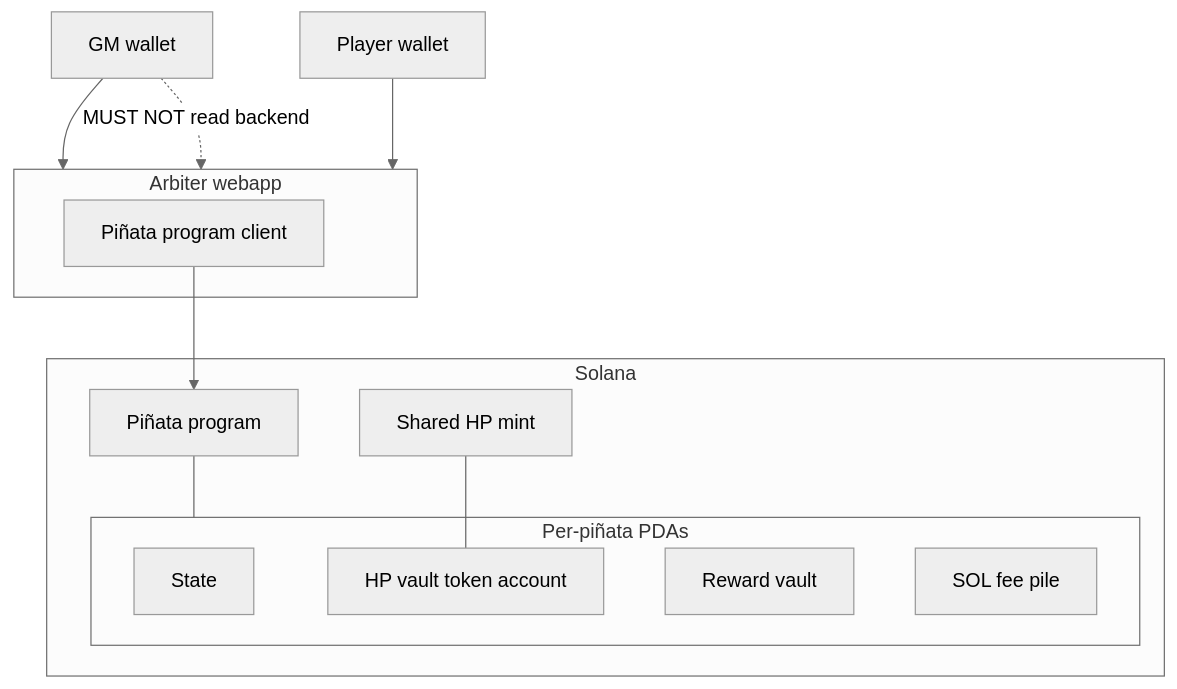
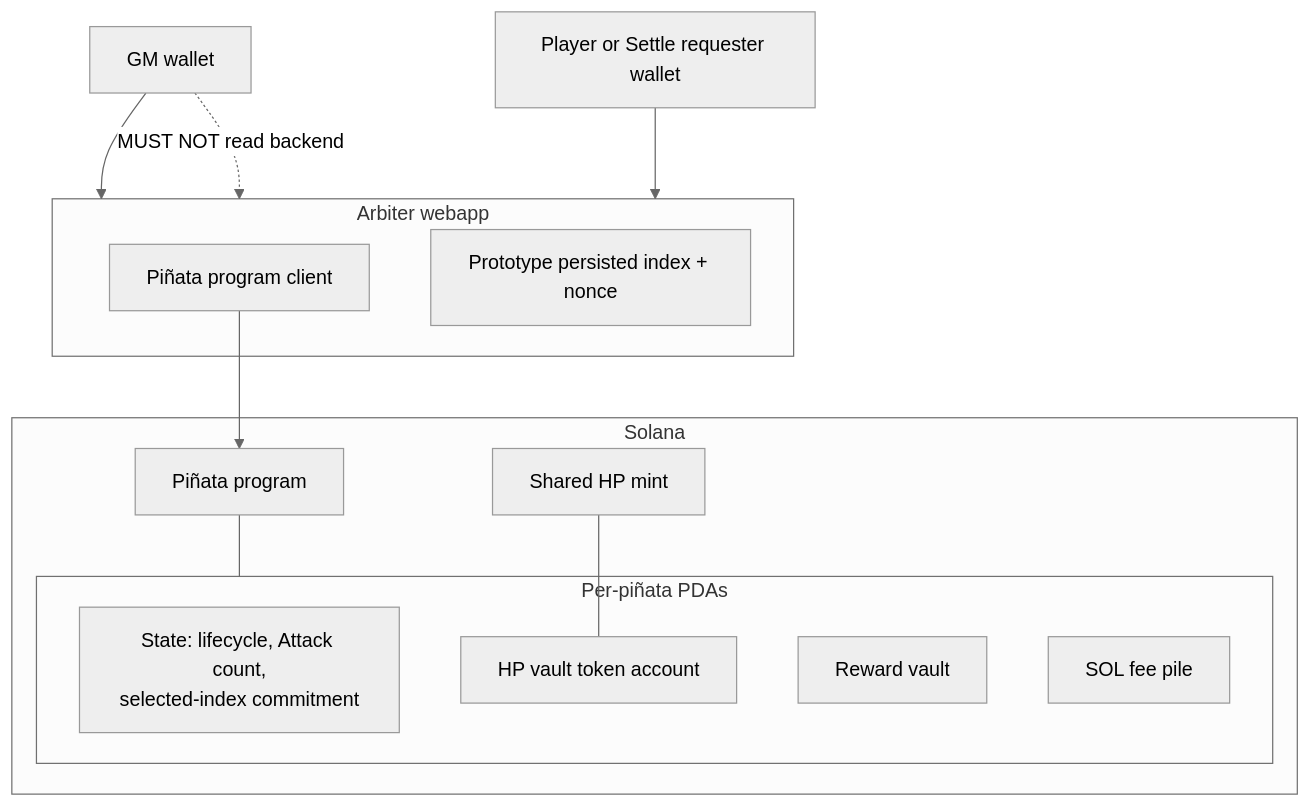
The first of 2 diagrams in docs/deployment.md (kilogold/confidential-pinata), drawn with Mermaid (neutral theme) before and after one commit. The commit also changed other lines of this file and 8 other files, not shown here.

````diff
--- a/docs/deployment.md
+++ b/docs/deployment.md
@@ -13,27 +13,28 @@
 ```mermaid
 flowchart TB
   gmWallet[GM wallet]
-  playerWallet[Player wallet]
+  participantWallet[Player or Settle requester wallet]
 
   subgraph arbiter [Arbiter webapp]
     client[Piñata program client]
+    selection[Prototype persisted index + nonce]
   end
 
   subgraph solana [Solana]
     program[Piñata program]
     hpMint[Shared HP mint]
     subgraph pdas [Per-piñata PDAs]
-      state[State]
+      state[State: lifecycle, Attack count,<br/>selected-index commitment]
       hpVault[HP vault token account]
       rewardVault[Reward vault]
       solPile[SOL fee pile]
     end
     program --- pdas
     hpMint --- hpVault
   end
 
   gmWallet --> arbiter
-  playerWallet --> arbiter
+  participantWallet --> arbiter
   client --> program
-  gmWallet -.->|"MUST NOT read backend"| arbiter
+  gmWallet -.->|MUST NOT read backend| arbiter
 ```
````
